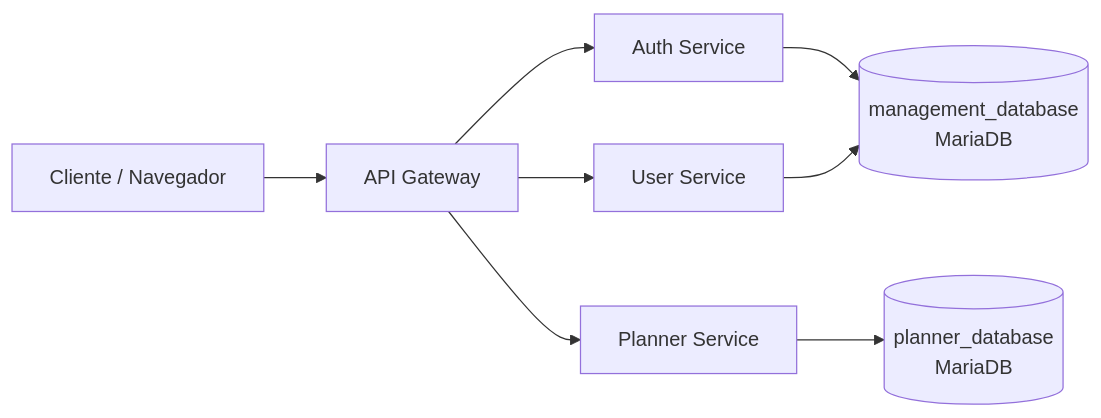
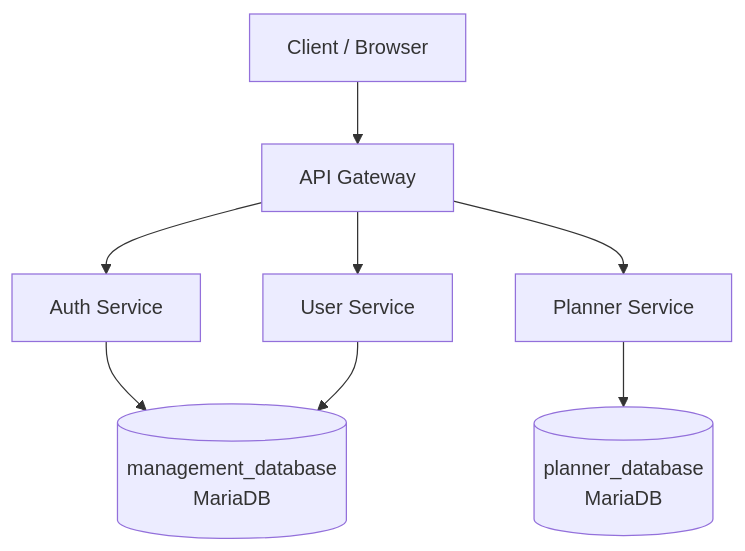
One commit to Murias10/TeachingPlanner changed the sixth of 7 diagrams in docs/presentacion.md. Above: the diagram before and after it, drawn with Mermaid. The commit also changed other lines of this file and 2 other files, not shown here.

````diff
--- a/docs/presentacion.md
+++ b/docs/presentacion.md
@@ -147,18 +253,18 @@
 ```mermaid
-flowchart LR
-    Client[Cliente / Navegador]
+flowchart TB
+    Client[Client / Browser]
     Gateway[API Gateway]
     Auth[Auth Service]
     Users[User Service]
     Planner[Planner Service]
     MgmtDB[(management_database<br/>MariaDB)]
     PlannerDB[(planner_database<br/>MariaDB)]
 
     Client --> Gateway
     Gateway --> Auth
     Gateway --> Users
     Gateway --> Planner
     Auth --> MgmtDB
     Users --> MgmtDB
     Planner --> PlannerDB
 ```
````
